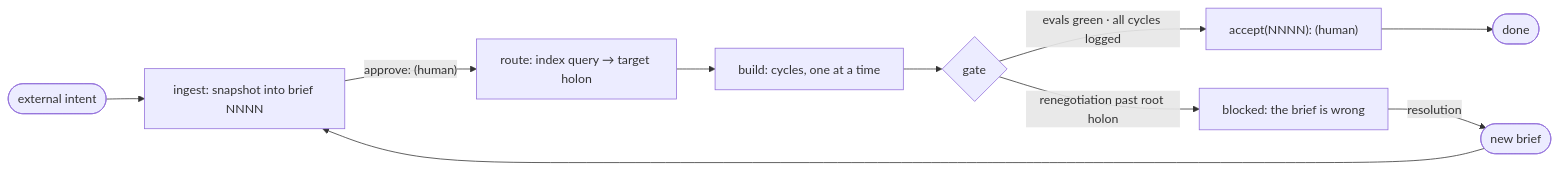
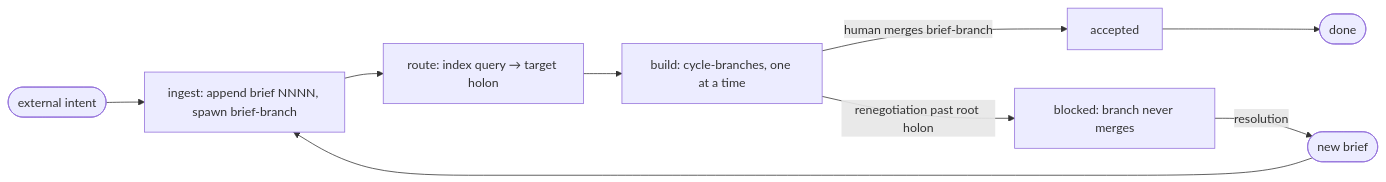
Before and after one commit to celom/hal: the diagram in docs/loop.md, drawn with Mermaid. The commit also changed other lines of this file and 14 other files, not shown here.

````diff
--- a/docs/loop.md
+++ b/docs/loop.md
@@ -25,11 +17,10 @@
 ```mermaid
 flowchart LR
-    X([external intent]) --> I[ingest: snapshot into brief NNNN]
-    I -->|"approve: (human)"| R[route: index query → target holon]
-    R --> B[build: cycles, one at a time]
-    B --> G{gate}
-    G -->|evals green · all cycles logged| A["accept(NNNN): (human)"]
-    G -->|renegotiation past root holon| K[blocked: the brief is wrong]
+    X([external intent]) --> I[ingest: append brief NNNN, spawn brief-branch]
+    I --> R[route: index query → target holon]
+    R --> B[build: cycle-branches, one at a time]
+    B -->|human merges brief-branch| A[accepted]
+    B -->|renegotiation past root holon| K[blocked: branch never merges]
     A --> D([done])
     K -->|resolution| N([new brief]) --> I
 ```
````
